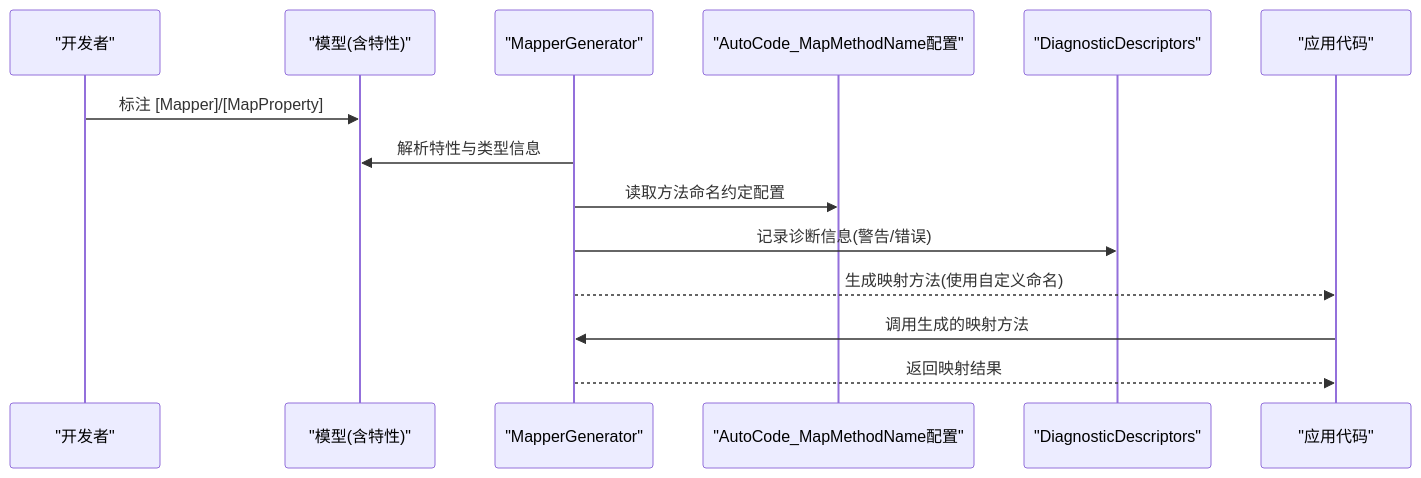
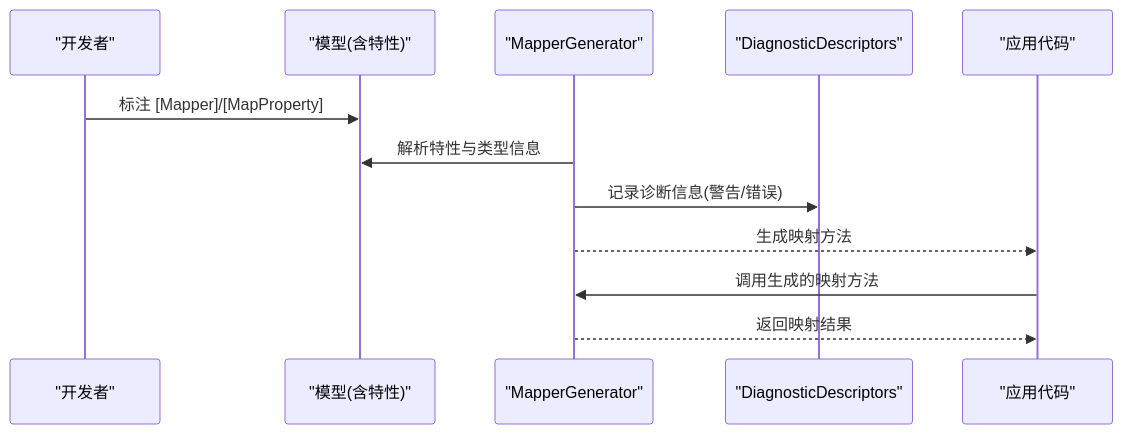
One commit to alivy/AutoCode changed the second of 4 diagrams in .qoder/repowiki/zh/content/映射框架/映射框架.md. Above: the diagram before and after it, drawn with Mermaid. The commit also changed other lines of this file and 152 other files, not shown here.

````diff
--- a/.qoder/repowiki/zh/content/映射框架/映射框架.md
+++ b/.qoder/repowiki/zh/content/映射框架/映射框架.md
@@ -181,16 +168,14 @@
 ```mermaid
 sequenceDiagram
 participant Dev as "开发者"
 participant Model as "模型(含特性)"
 participant Gen as "MapperGenerator"
-participant Config as "AutoCode_MapMethodName配置"
 participant Diag as "DiagnosticDescriptors"
 participant App as "应用代码"
 Dev->>Model : 标注 [Mapper]/[MapProperty]
 Gen->>Model : 解析特性与类型信息
-Gen->>Config : 读取方法命名约定配置
 Gen->>Diag : 记录诊断信息(警告/错误)
-Gen-->>App : 生成映射方法(使用自定义命名)
+Gen-->>App : 生成映射方法
 App->>Gen : 调用生成的映射方法
 Gen-->>App : 返回映射结果
 ```
````
